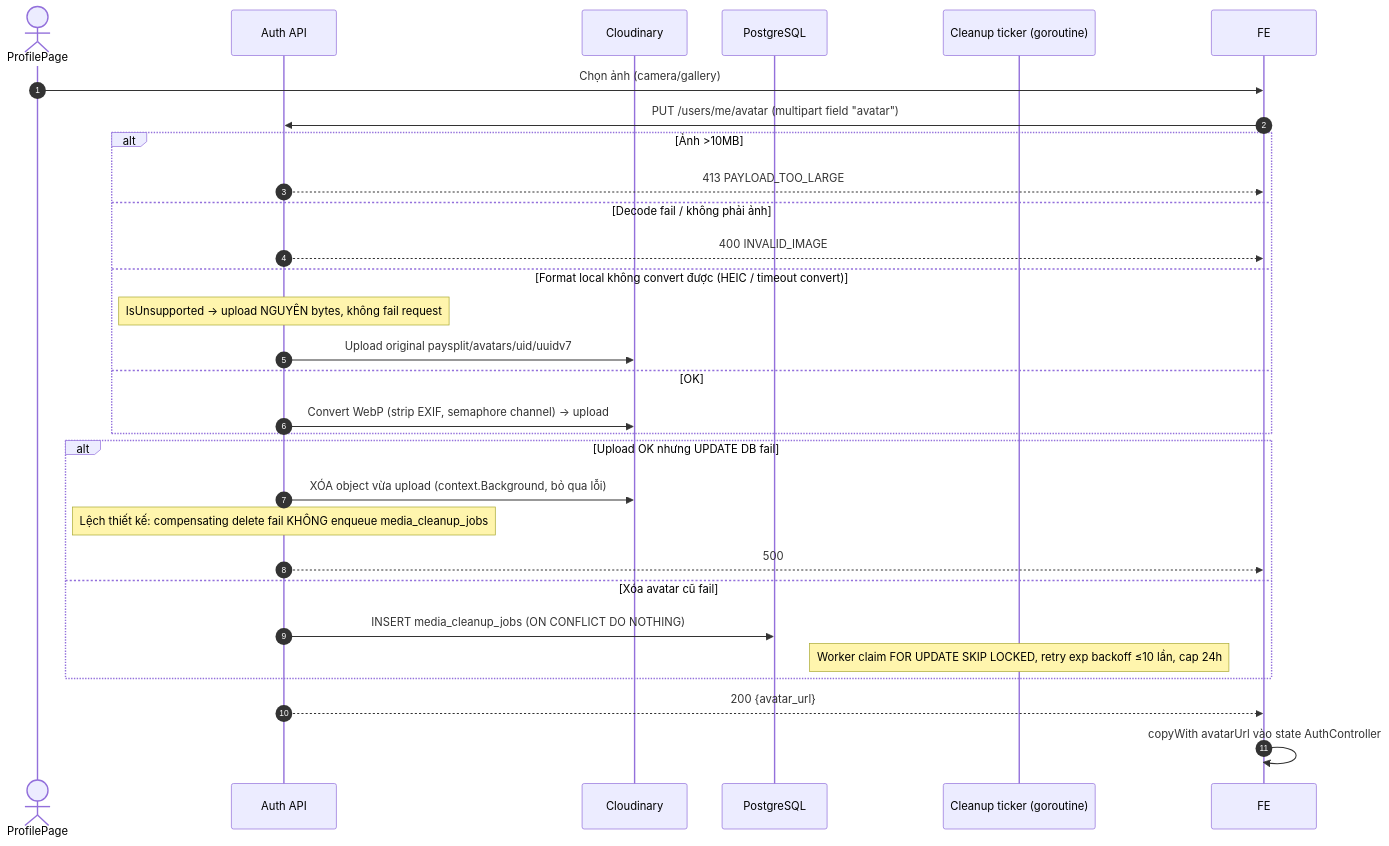
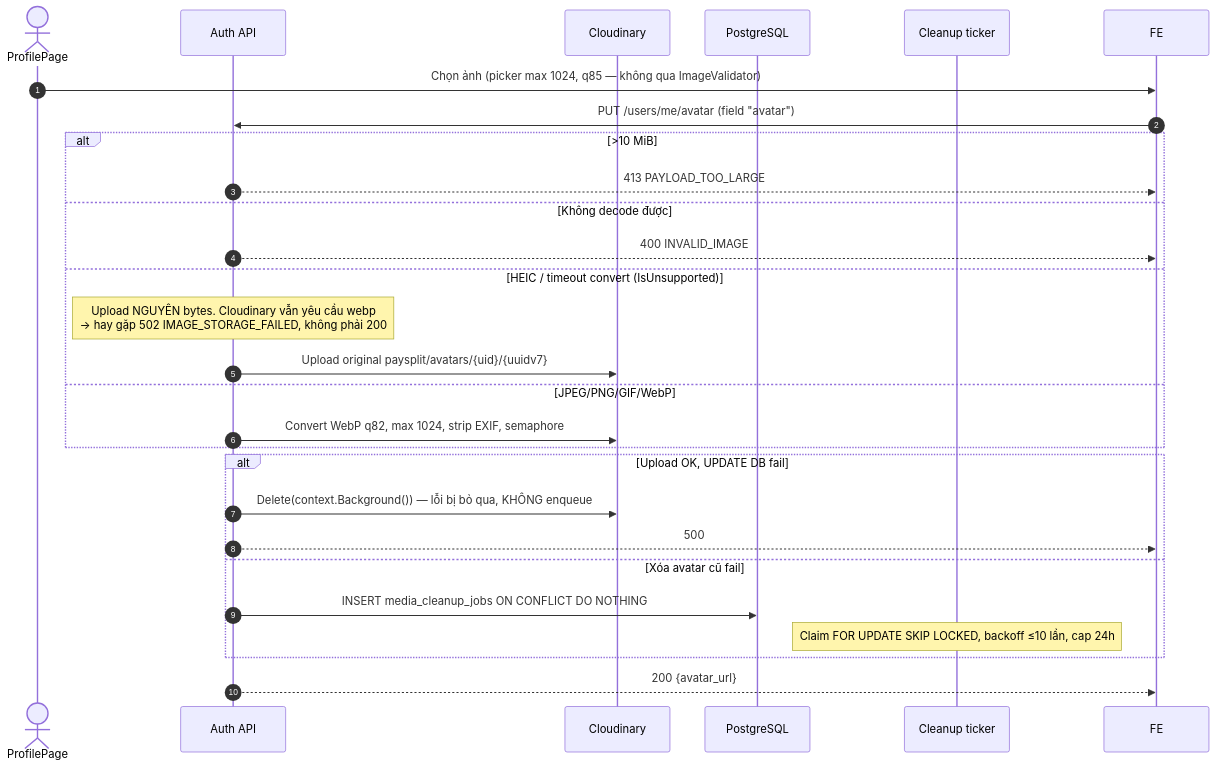
The fifth of 8 diagrams in flow/01-auth.md (FintechVSF-Tranning/PaySplit-RP), drawn with Mermaid before and after one commit. The commit also changed other lines of this file and 8 other files, not shown here.

````diff
--- a/flow/01-auth.md
+++ b/flow/01-auth.md
@@ -250,32 +267,30 @@
 ```mermaid
 sequenceDiagram
     autonumber
     actor U as ProfilePage
     participant BE as Auth API
     participant CDN as Cloudinary
     participant DB as PostgreSQL
-    participant W as Cleanup ticker (goroutine)
+    participant W as Cleanup ticker
 
-    U->>FE: Chọn ảnh (camera/gallery)
-    FE->>BE: PUT /users/me/avatar (multipart field "avatar")
-    alt Ảnh >10MB
+    U->>FE: Chọn ảnh (picker max 1024, q85 — không qua ImageValidator)
+    FE->>BE: PUT /users/me/avatar (field "avatar")
+    alt >10 MiB
         BE-->>FE: 413 PAYLOAD_TOO_LARGE
-    else Decode fail / không phải ảnh
+    else Không decode được
         BE-->>FE: 400 INVALID_IMAGE
-    else Format local không convert được (HEIC / timeout convert)
-        Note over BE: IsUnsupported → upload NGUYÊN bytes, không fail request
-        BE->>CDN: Upload original paysplit/avatars/uid/uuidv7
-    else OK
-        BE->>CDN: Convert WebP (strip EXIF, semaphore channel) → upload
+    else HEIC / timeout convert (IsUnsupported)
+        Note over BE: Upload NGUYÊN bytes. Cloudinary vẫn yêu cầu webp<br/>→ hay gặp 502 IMAGE_STORAGE_FAILED, không phải 200
+        BE->>CDN: Upload original paysplit/avatars/{uid}/{uuidv7}
+    else JPEG/PNG/GIF/WebP
+        BE->>CDN: Convert WebP q82, max 1024, strip EXIF, semaphore
     end
-    alt Upload OK nhưng UPDATE DB fail
-        BE->>CDN: XÓA object vừa upload (context.Background, bỏ qua lỗi)
-        Note over BE: Lệch thiết kế: compensating delete fail KHÔNG enqueue media_cleanup_jobs
+    alt Upload OK, UPDATE DB fail
+        BE->>CDN: Delete(context.Background()) — lỗi bị bỏ qua, KHÔNG enqueue
         BE-->>FE: 500
     else Xóa avatar cũ fail
-        BE->>DB: INSERT media_cleanup_jobs (ON CONFLICT DO NOTHING)
-        Note over W: Worker claim FOR UPDATE SKIP LOCKED, retry exp backoff ≤10 lần, cap 24h
+        BE->>DB: INSERT media_cleanup_jobs ON CONFLICT DO NOTHING
+        Note over W: Claim FOR UPDATE SKIP LOCKED, backoff ≤10 lần, cap 24h
     end
     BE-->>FE: 200 {avatar_url}
-    FE->>FE: copyWith avatarUrl vào state AuthController
 ```
````
